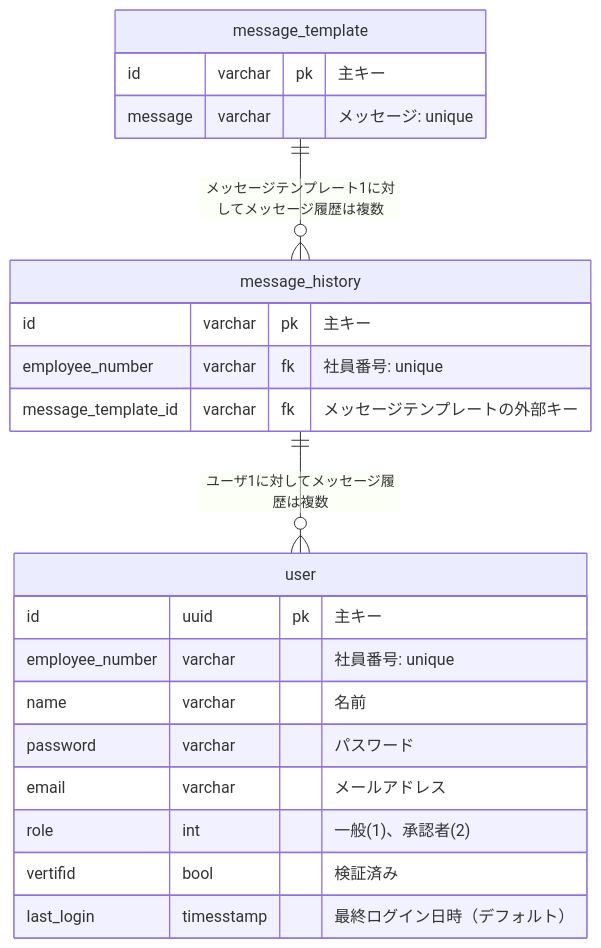
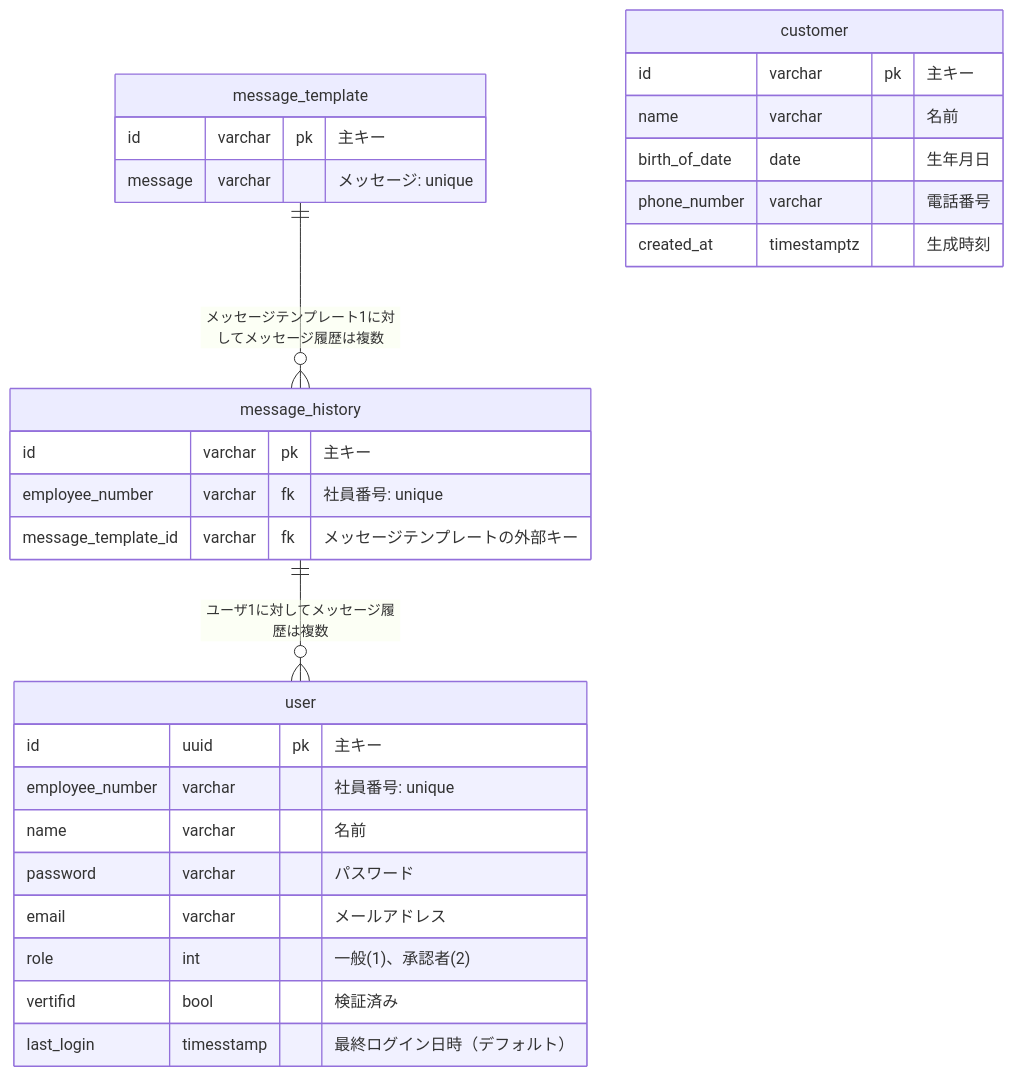
The diagram in docs/ER図.md (takuron1996/practice_appform), drawn with Mermaid before and after one commit.

Commit message:
ER図に顧客情報を追加

````diff
--- a/docs/ER図.md
+++ b/docs/ER図.md
@@ -7,30 +7,40 @@
 ```mermaid
 erDiagram
     %% システムユーザ
     user{
         id uuid pk "主キー"
         employee_number varchar "社員番号: unique"
         name varchar "名前"
         password varchar "パスワード"
         email varchar "メールアドレス"
         role int "一般(1)、承認者(2)"
         vertifid bool "検証済み"
         last_login timesstamp "最終ログイン日時（デフォルト）"
     }
 
     %%メッセージ履歴
     message_history {
         id varchar pk "主キー"
         employee_number varchar fk "社員番号: unique"
         message_template_id varchar fk "メッセージテンプレートの外部キー"
     }
 
     %%メッセージテンプレート
     message_template {
         id varchar pk "主キー"
         message varchar "メッセージ: unique"
     }
 
     message_template ||--o{ message_history : "メッセージテンプレート1に対してメッセージ履歴は複数"
     message_history ||--o{ user : "ユーザ1に対してメッセージ履歴は複数"
+
+    %%顧客情報
+    customer {
+        id varchar pk "主キー"
+        name varchar "名前"
+        birth_of_date date "生年月日"
+        phone_number varchar "電話番号"
+        created_at timestamptz "生成時刻"
+    }
+
 ```
````
